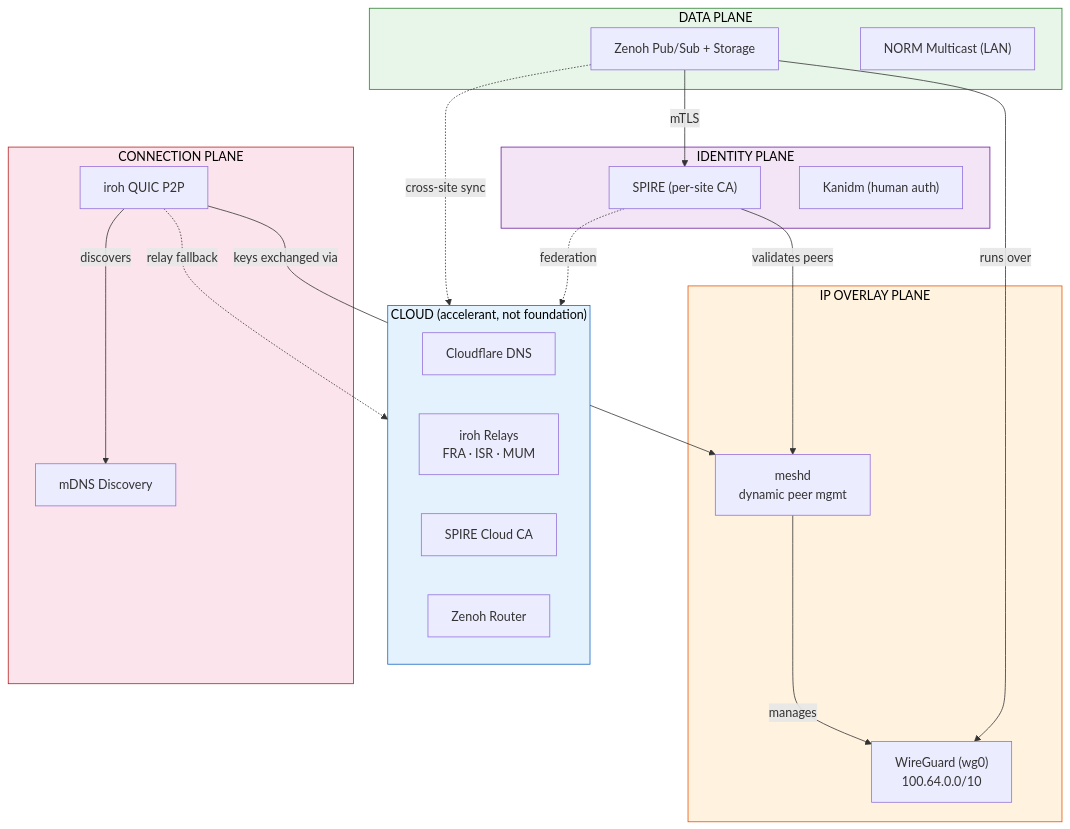
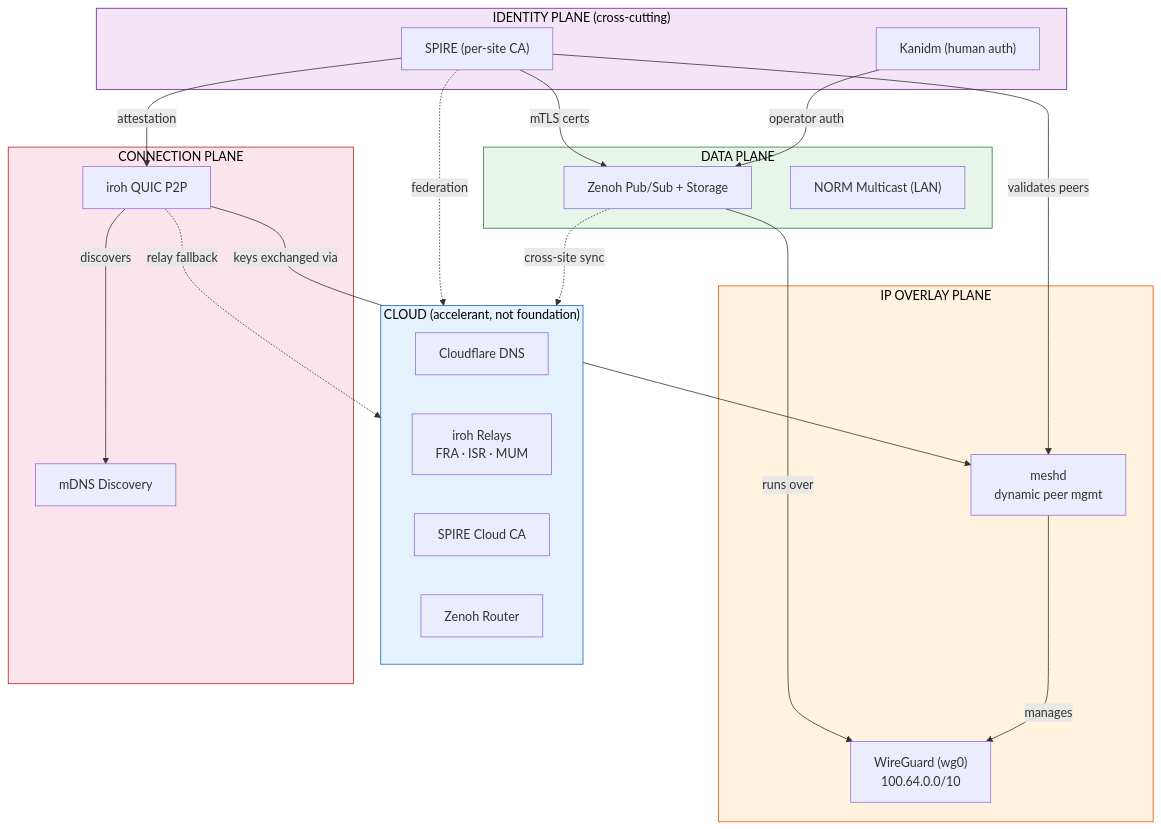
The diagram in README.md (dlf-dds/DesertBreadProto), drawn with Mermaid before and after one commit. The commit also changed 2 other files, not shown here.

Commit message:
Fix system overview: identity plane is cross-cutting, not Zenoh-only
Redesigned Mermaid diagram to show SPIRE connecting to all planes:
- mTLS certs for Zenoh (data plane)
- peer SVID validation for meshd/WG (overlay plane)
- workload attestation over iroh (connection plane)
- Kanidm operator auth for dashboards

Identity plane moved to bottom of diagram to visually reinforce that
it is a cross-cutting concern, not subordinate to any single plane.

Also added *.docx to gitignore alongside *.pdf.

````diff
--- a/README.md
+++ b/README.md
@@ -11,46 +11,50 @@
 ```mermaid
 graph TB
     subgraph CLOUD["CLOUD (accelerant, not foundation)"]
         direction LR
         CF["Cloudflare DNS"]
         RELAY["iroh Relays<br/>FRA · ISR · MUM"]
         SPIRE_C["SPIRE Cloud CA"]
         ZENOH_C["Zenoh Router"]
     end
 
     subgraph DATA["DATA PLANE"]
         ZENOH["Zenoh Pub/Sub + Storage"]
         NORM["NORM Multicast (LAN)"]
     end
 
-    subgraph IDENTITY["IDENTITY PLANE"]
-        SPIRE["SPIRE (per-site CA)"]
-        KANIDM["Kanidm (human auth)"]
-    end
-
     subgraph OVERLAY["IP OVERLAY PLANE"]
         WG["WireGuard (wg0)<br/>100.64.0.0/10"]
         MESHD["meshd<br/>dynamic peer mgmt"]
     end
 
     subgraph CONNECTION["CONNECTION PLANE"]
         IROH["iroh QUIC P2P"]
         MDNS["mDNS Discovery"]
     end
 
-    ZENOH -->|"mTLS"| SPIRE
+    subgraph IDENTITY["IDENTITY PLANE (cross-cutting)"]
+        SPIRE["SPIRE (per-site CA)"]
+        KANIDM["Kanidm (human auth)"]
+    end
+
     ZENOH -->|"runs over"| WG
-    SPIRE -->|"validates peers"| MESHD
     MESHD -->|"manages"| WG
     IROH -->|"keys exchanged via"| MESHD
     IROH -->|"discovers"| MDNS
     IROH -.->|"relay fallback"| RELAY
+
+    SPIRE -->|"mTLS certs"| ZENOH
+    SPIRE -->|"validates peers"| MESHD
+    SPIRE -->|"attestation"| IROH
+    KANIDM -->|"operator auth"| ZENOH
+
     SPIRE -.->|"federation"| SPIRE_C
     ZENOH -.->|"cross-site sync"| ZENOH_C
 
     style CLOUD fill:#e3f2fd,stroke:#1565c0,color:#000
     style DATA fill:#e8f5e9,stroke:#2e7d32,color:#000
     style IDENTITY fill:#f3e5f5,stroke:#6a1b9a,color:#000
     style OVERLAY fill:#fff3e0,stroke:#e65100,color:#000
     style CONNECTION fill:#fce4ec,stroke:#b71c1c,color:#000
 ```
````
